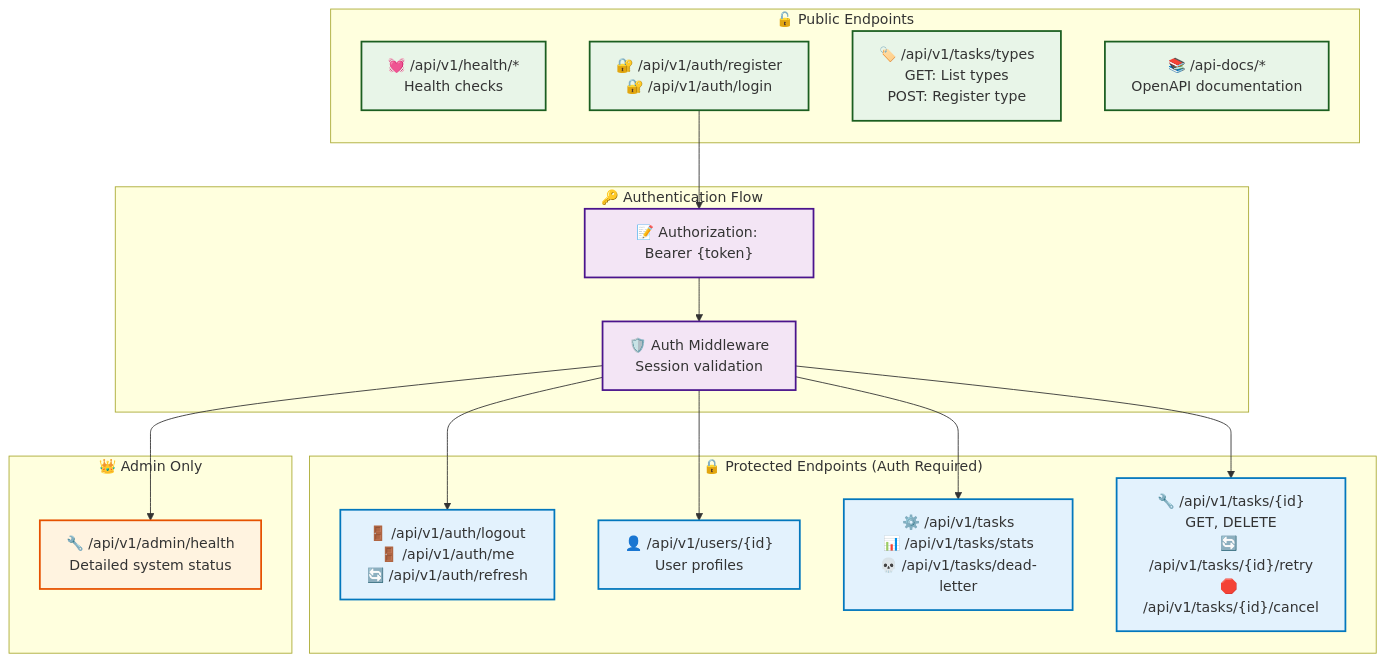
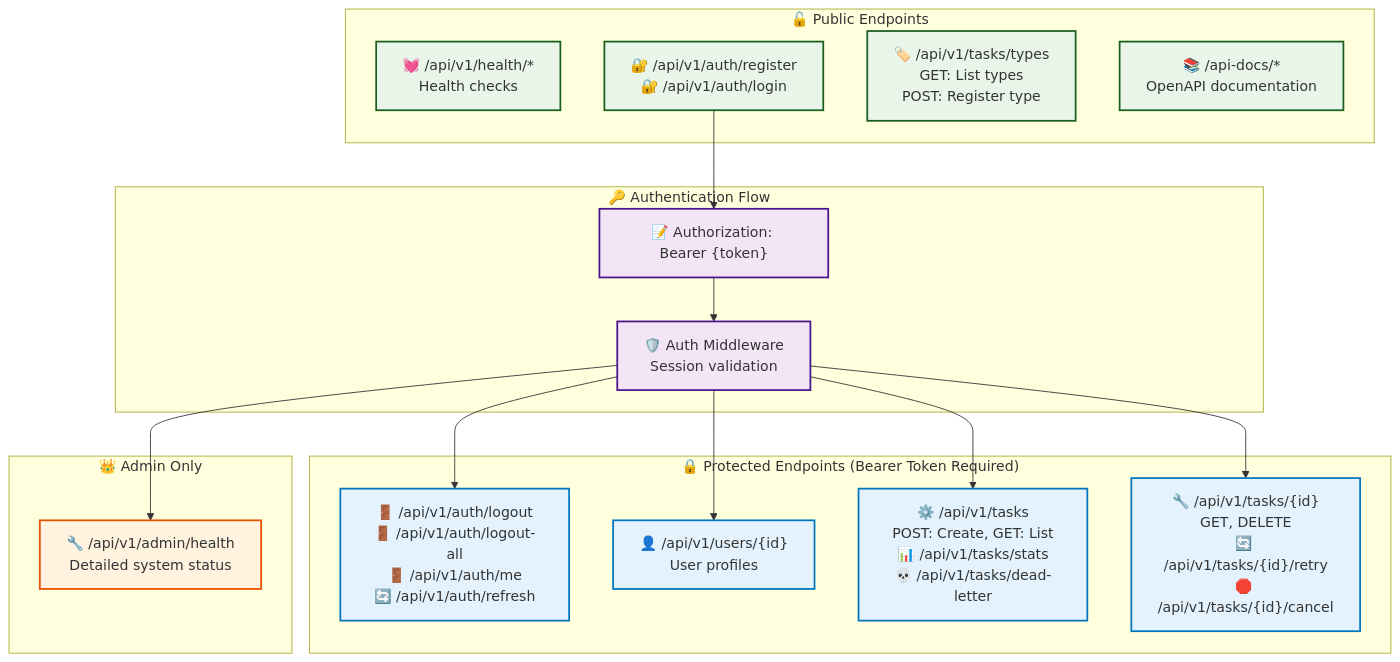
Before and after one commit to quanhua92/rust-fullstack-starter: the diagram in docs/api-reference.md, drawn with Mermaid. The commit also changed other lines of this file and 4 other files, not shown here.

First line of the commit message:
docs: Fix OpenAPI security scheme and update auth documentation

````diff
--- a/docs/api-reference.md
+++ b/docs/api-reference.md
@@ -31,43 +32,43 @@
 ```mermaid
 graph TB
     subgraph "🔓 Public Endpoints"
         HEALTH[💓 /api/v1/health/*<br/>Health checks]
         AUTH_PUB[🔐 /api/v1/auth/register<br/>🔐 /api/v1/auth/login]
         TYPES_PUB[🏷️ /api/v1/tasks/types<br/>GET: List types<br/>POST: Register type]
         DOCS[📚 /api-docs/*<br/>OpenAPI documentation]
     end
     
-    subgraph "🔒 Protected Endpoints (Auth Required)"
-        AUTH_PROT[🚪 /api/v1/auth/logout<br/>🚪 /api/v1/auth/me<br/>🔄 /api/v1/auth/refresh]
+    subgraph "🔒 Protected Endpoints (Bearer Token Required)"
+        AUTH_PROT[🚪 /api/v1/auth/logout<br/>🚪 /api/v1/auth/logout-all<br/>🚪 /api/v1/auth/me<br/>🔄 /api/v1/auth/refresh]
         USERS["👤 /api/v1/users/{id}<br/>User profiles"]
-        TASKS[⚙️ /api/v1/tasks<br/>📊 /api/v1/tasks/stats<br/>💀 /api/v1/tasks/dead-letter]
+        TASKS[⚙️ /api/v1/tasks<br/>POST: Create, GET: List<br/>📊 /api/v1/tasks/stats<br/>💀 /api/v1/tasks/dead-letter]
         TASK_OPS["🔧 /api/v1/tasks/{id}<br/>GET, DELETE<br/>🔄 /api/v1/tasks/{id}/retry<br/>🛑 /api/v1/tasks/{id}/cancel"]
     end
     
     subgraph "👑 Admin Only"
         ADMIN[🔧 /api/v1/admin/health<br/>Detailed system status]
     end
     
     subgraph "🔑 Authentication Flow"
         BEARER["📝 Authorization: Bearer {token}"]
         MIDDLEWARE[🛡️ Auth Middleware<br/>Session validation]
     end
     
     AUTH_PUB --> BEARER
     BEARER --> MIDDLEWARE
     MIDDLEWARE --> AUTH_PROT
     MIDDLEWARE --> USERS
     MIDDLEWARE --> TASKS
     MIDDLEWARE --> TASK_OPS
     MIDDLEWARE --> ADMIN
     
     classDef publicBox fill:#e8f5e8,stroke:#1b5e20,stroke-width:2px
     classDef protectedBox fill:#e3f2fd,stroke:#0277bd,stroke-width:2px
     classDef adminBox fill:#fff3e0,stroke:#e65100,stroke-width:2px
     classDef authBox fill:#f3e5f5,stroke:#4a148c,stroke-width:2px
     
     class HEALTH,AUTH_PUB,TYPES_PUB,DOCS publicBox
     class AUTH_PROT,USERS,TASKS,TASK_OPS protectedBox
     class ADMIN adminBox
     class BEARER,MIDDLEWARE authBox
 ```
````
